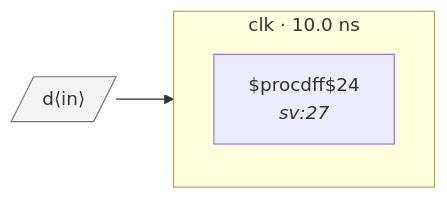
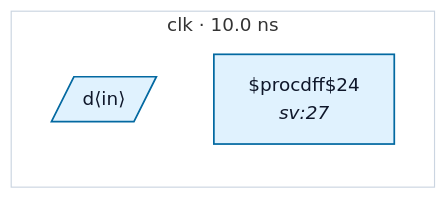
The diagram in tests/fixtures/clock_gating/README.md (rtl-buddy/rtl-buddy-cdc), drawn with Mermaid before and after one commit. The commit also changed 71 other files, not shown here.

````diff
--- a/tests/fixtures/clock_gating/README.md
+++ b/tests/fixtures/clock_gating/README.md
@@ -14,11 +14,13 @@
 ```mermaid
 %% clock_gating — generated by rtl-buddy-cdc render
 flowchart LR
   subgraph clk_clk["clk · 10.0 ns"]
     direction TB
-    f_c9004314["$procdff$24<br/><i>sv:27</i>"]
+    p_in_d[/"d⟨in⟩"/]:::ckcls_clk
+    f_c9004314["$procdff$24<br/><i>sv:27</i>"]:::ckcls_clk
   end
-  p_in_d[/"d⟨in⟩"/]:::port
-  p_in_d --> f_c9004314
-  classDef port fill:#f4f4f5,stroke:#71717a
+  style clk_clk fill:none,stroke:#cbd5e1
+  classDef ckcls_clk fill:#e0f2fe,stroke:#0369a1,stroke-width:1.5px,color:#0f172a
+  classDef port_unassigned fill:#f4f4f5,stroke:#71717a,color:#0f172a
+  classDef ckcls_legend_neutral fill:#ffffff,stroke:#cbd5e1,stroke-width:1px,color:#0f172a
 ```
````
